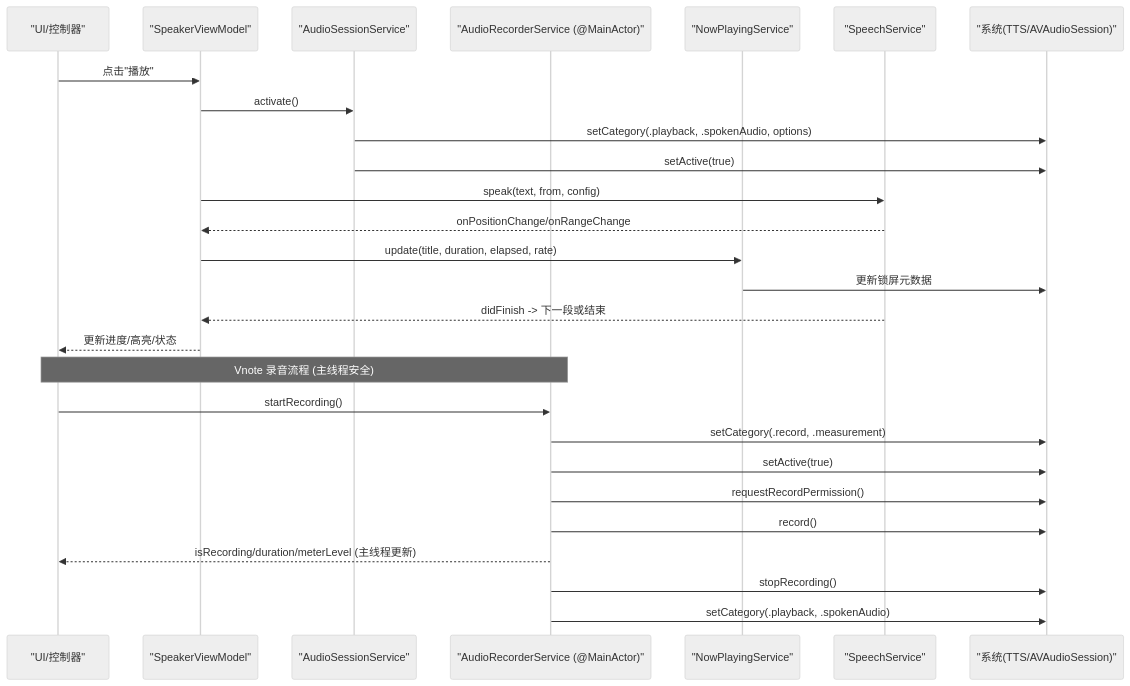
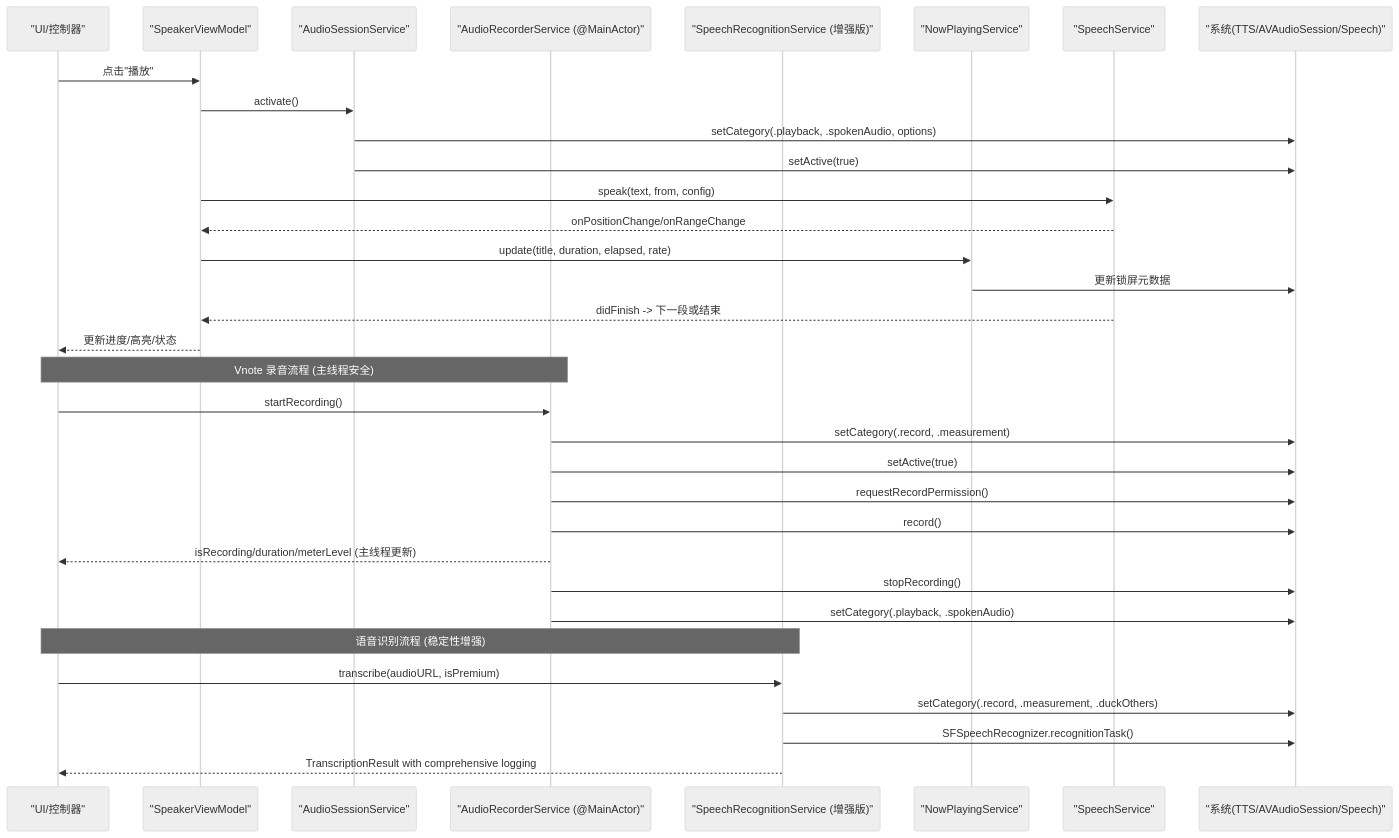
One commit to Primoguo/Knowledge changed the second of 13 diagrams in .qoder/repowiki/zh/content/系统集成/音频会话管理.md. Above: the diagram before and after it, drawn with Mermaid (neutral theme). The commit also changed other lines of this file and 23 other files, not shown here.

````diff
--- a/.qoder/repowiki/zh/content/系统集成/音频会话管理.md
+++ b/.qoder/repowiki/zh/content/系统集成/音频会话管理.md
@@ -133,29 +142,35 @@
 ```mermaid
 sequenceDiagram
 participant UI as "UI/控制器"
 participant VM as "SpeakerViewModel"
 participant AS as "AudioSessionService"
 participant AR as "AudioRecorderService (@MainActor)"
+participant SR as "SpeechRecognitionService (增强版)"
 participant NP as "NowPlayingService"
 participant SP as "SpeechService"
-participant SYS as "系统(TTS/AVAudioSession)"
+participant SYS as "系统(TTS/AVAudioSession/Speech)"
 UI->>VM : 点击"播放"
 VM->>AS : activate()
 AS->>SYS : setCategory(.playback, .spokenAudio, options)
 AS->>SYS : setActive(true)
 VM->>SP : speak(text, from, config)
 SP-->>VM : onPositionChange/onRangeChange
 VM->>NP : update(title, duration, elapsed, rate)
 NP->>SYS : 更新锁屏元数据
 SP-->>VM : didFinish -> 下一段或结束
 VM-->>UI : 更新进度/高亮/状态
 Note over UI,AR : Vnote 录音流程 (主线程安全)
 UI->>AR : startRecording()
 AR->>SYS : setCategory(.record, .measurement)
 AR->>SYS : setActive(true)
 AR->>SYS : requestRecordPermission()
 AR->>SYS : record()
 AR-->>UI : isRecording/duration/meterLevel (主线程更新)
 AR->>SYS : stopRecording()
 AR->>SYS : setCategory(.playback, .spokenAudio)
+Note over UI,SR : 语音识别流程 (稳定性增强)
+UI->>SR : transcribe(audioURL, isPremium)
+SR->>SYS : setCategory(.record, .measurement, .duckOthers)
+SR->>SYS : SFSpeechRecognizer.recognitionTask()
+SR-->>UI : TranscriptionResult with comprehensive logging
 ```
````
